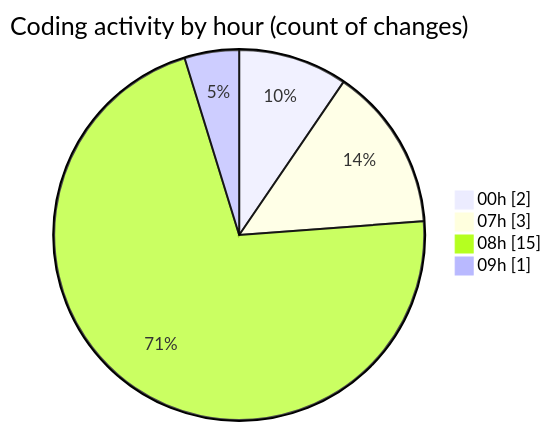
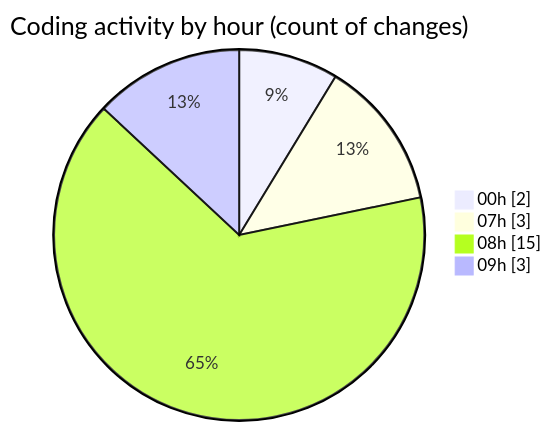
One commit to donsfak/code-tracking changed the second of 2 diagrams in 2025-02-10/maps_clone/README.md. Above: the diagram before and after it, drawn with Mermaid. The commit also changed other lines of this file and 1 other file, not shown here.

````diff
--- a/2025-02-10/maps_clone/README.md
+++ b/2025-02-10/maps_clone/README.md
@@ -34,8 +34,8 @@
 ```mermaid
 pie showData
 title Coding activity by hour (count of changes)
 "00h" : 2
 "07h" : 3
 "08h" : 15
-"09h" : 1
+"09h" : 3
 ```
````
